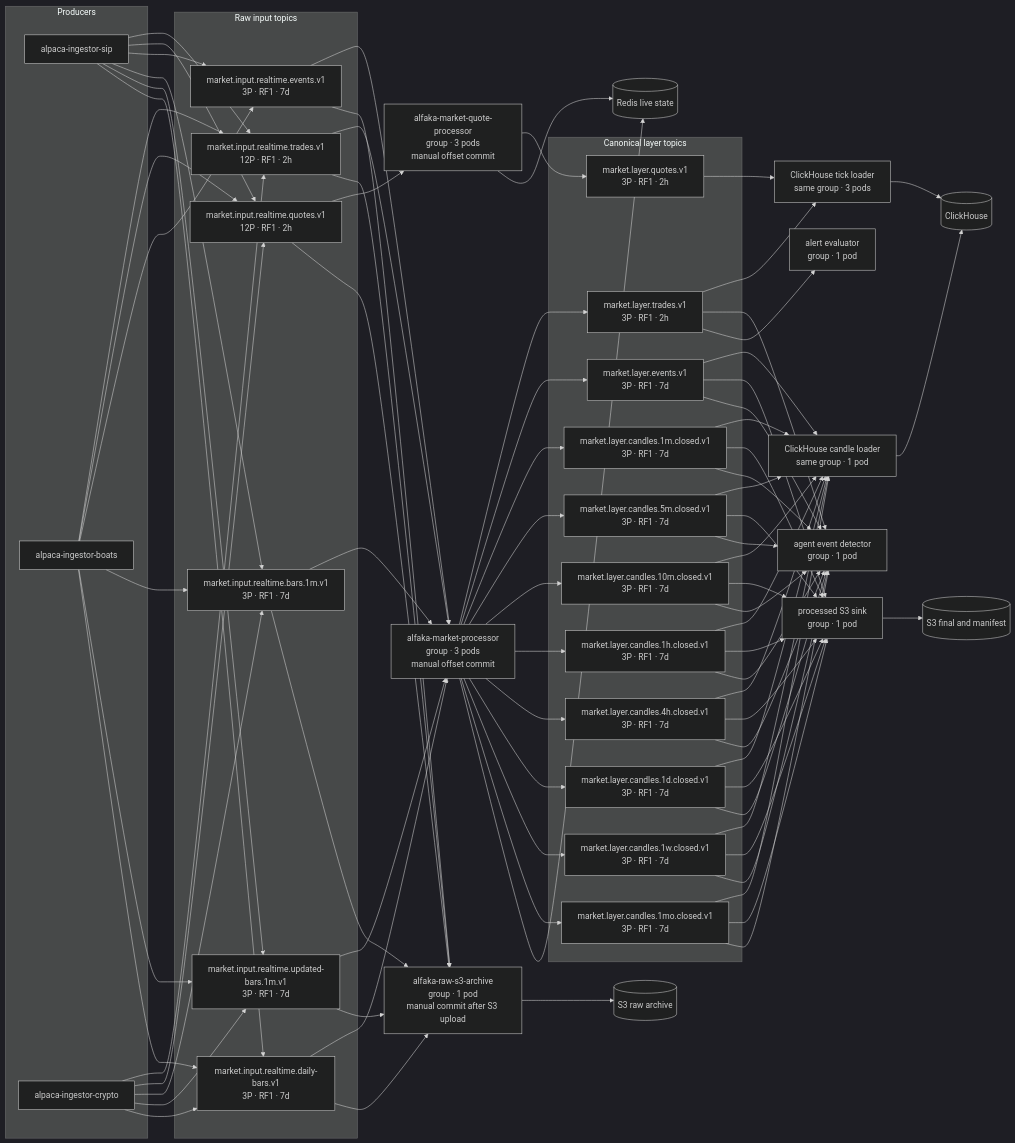
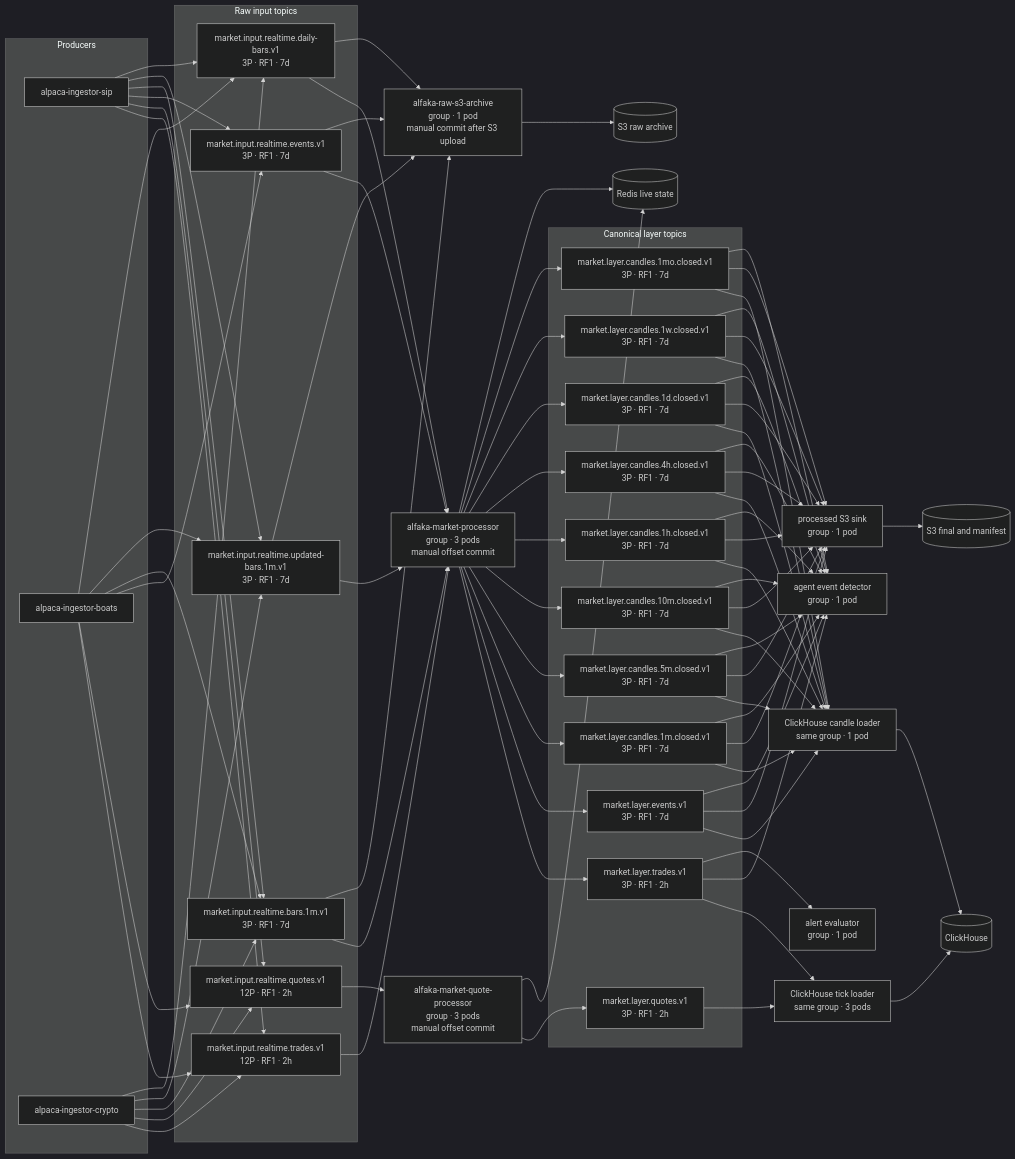
Before and after one commit to seunglee10/GOPS-BE: the third of 7 diagrams in docs/KAFKA_ARCHITECTURE.md, drawn with Mermaid (dark theme). The commit also changed other lines of this file and 15 other files, not shown here.

```diff
--- a/docs/KAFKA_ARCHITECTURE.md
+++ b/docs/KAFKA_ARCHITECTURE.md
@@ -221,8 +221,6 @@
   RU --> MarketProcessor
   RD --> MarketProcessor
   RQ --> QuoteProcessor
-  RT --> RawArchive
-  RQ --> RawArchive
   RE --> RawArchive
   RB --> RawArchive
   RU --> RawArchive
```
